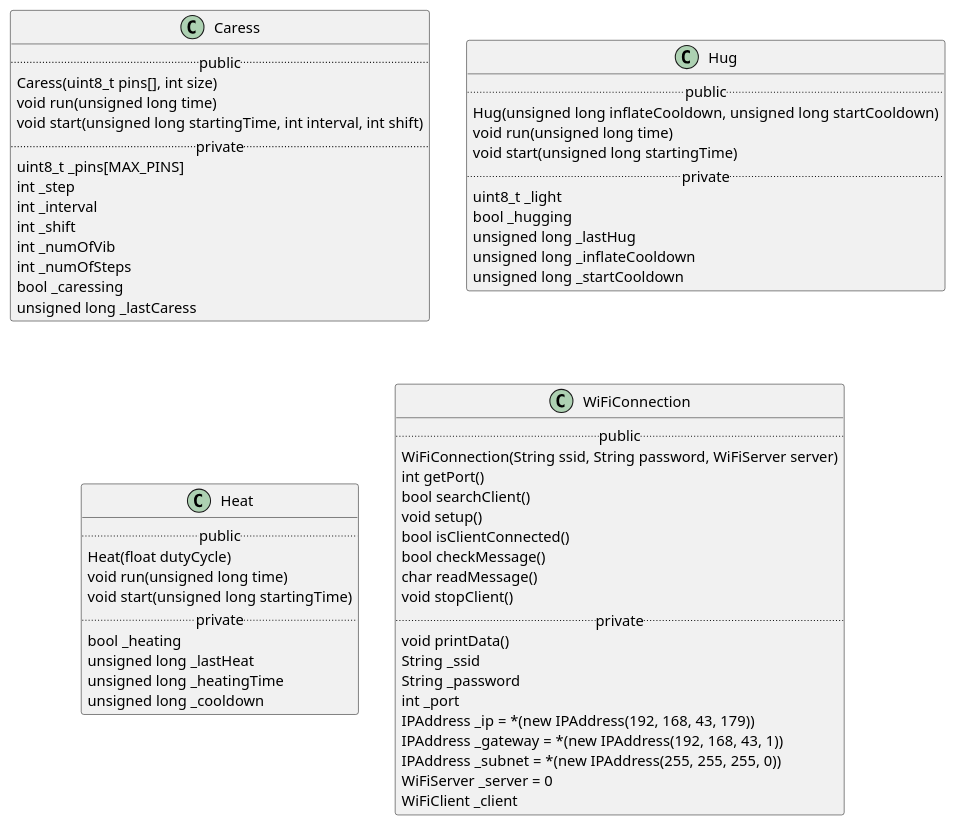
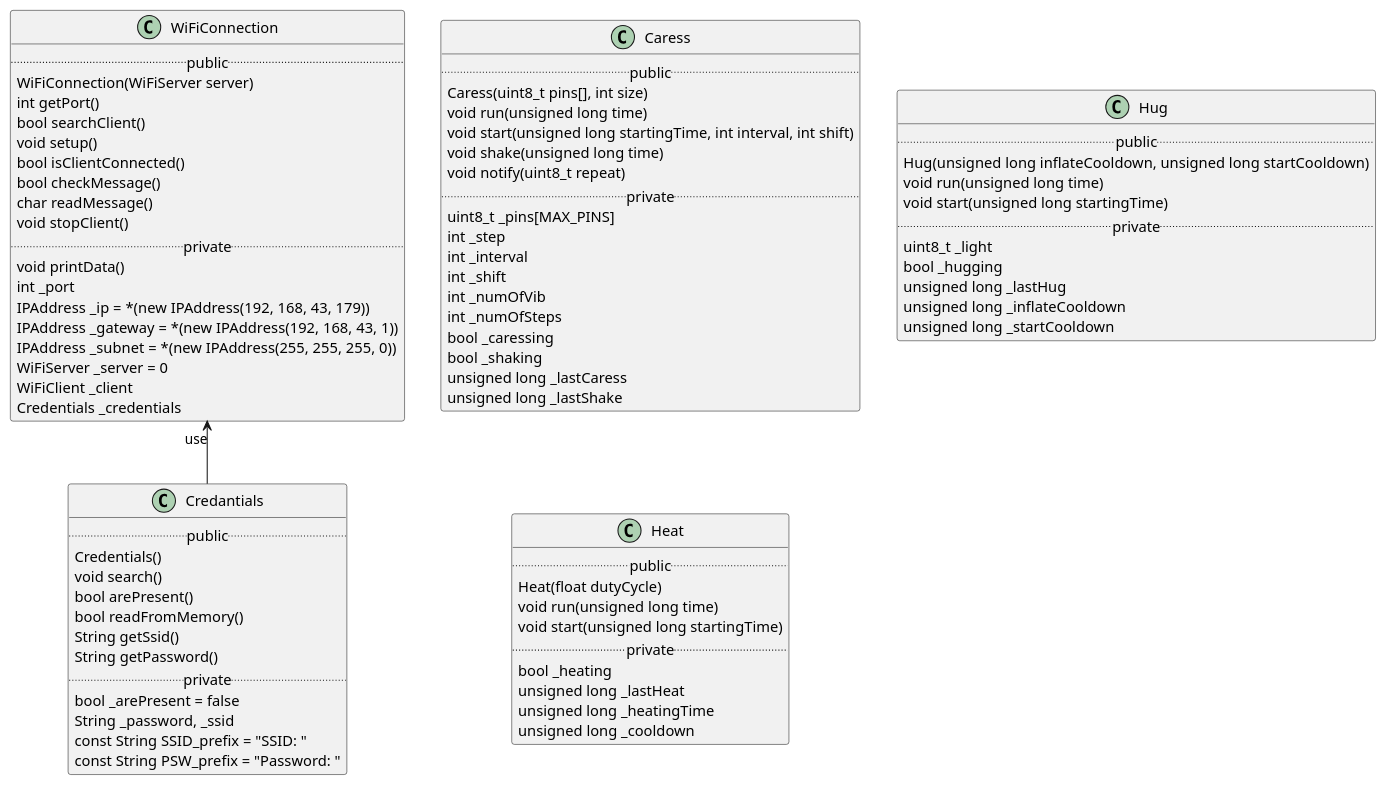
The diagram in Server/Server Huzzah/diagrams/diagram.puml (AlessandroBarbiero/P-Hug), drawn with PlantUML before and after one commit. The commit also changed 4 other files, not shown here.

```diff
--- a/Server/Server Huzzah/diagrams/diagram.puml
+++ b/Server/Server Huzzah/diagrams/diagram.puml
@@ -1,66 +1,86 @@
 @startuml server
 
 class Caress {    
     .. public ..
         Caress(uint8_t pins[], int size)
         void run(unsigned long time)
         void start(unsigned long startingTime, int interval, int shift)
+        void shake(unsigned long time)
+        void notify(uint8_t repeat)
     .. private ..
         uint8_t _pins[MAX_PINS]
         int _step
         int _interval
         int _shift
         int _numOfVib
         int _numOfSteps
         bool _caressing
-        unsigned long _lastCaress       
+        bool _shaking
+        unsigned long _lastCaress   
+        unsigned long _lastShake    
 }
 
 class Hug {    
     .. public ..
         Hug(unsigned long inflateCooldown, unsigned long startCooldown)
         void run(unsigned long time)
         void start(unsigned long startingTime)
     .. private ..
         uint8_t _light
         bool _hugging
         unsigned long _lastHug
         unsigned long _inflateCooldown
         unsigned long _startCooldown   
 }
 
 class Heat {    
     .. public ..
         Heat(float dutyCycle)
         void run(unsigned long time)
         void start(unsigned long startingTime)
     .. private ..
         bool _heating
         unsigned long _lastHeat
         unsigned long _heatingTime
         unsigned long _cooldown
 }
 
 class WiFiConnection {
     .. public ..
-        WiFiConnection(String ssid, String password, WiFiServer server)
+        WiFiConnection(WiFiServer server)
         int getPort()
         bool searchClient()
         void setup()
         bool isClientConnected()
         bool checkMessage()
         char readMessage()
         void stopClient()
     .. private ..
         void printData()
-        String _ssid
-        String _password
         int _port
         IPAddress _ip = *(new IPAddress(192, 168, 43, 179))
         IPAddress _gateway = *(new IPAddress(192, 168, 43, 1))
         IPAddress _subnet = *(new IPAddress(255, 255, 255, 0))
         WiFiServer _server = 0
         WiFiClient _client
+        Credentials _credentials
 }
 
+class Credantials {
+    .. public ..
+        Credentials()
+        void search()
+        bool arePresent()
+        bool readFromMemory()
+        String getSsid()
+        String getPassword()
+    .. private ..
+        bool _arePresent = false
+        String _password, _ssid
+        const String SSID_prefix = "SSID: "
+        const String PSW_prefix = "Password: "
+}
+
+Credantials -u-> "use" WiFiConnection 
+
 @enduml
```
